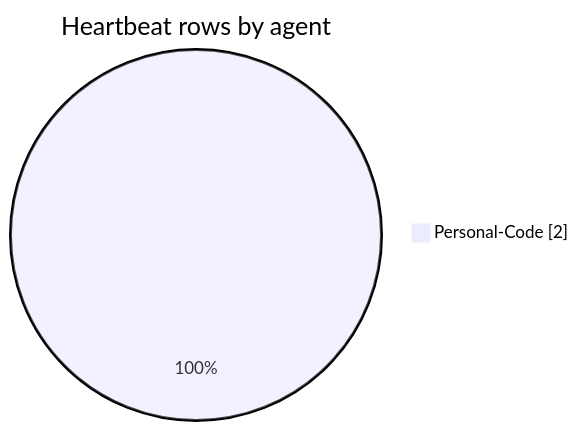
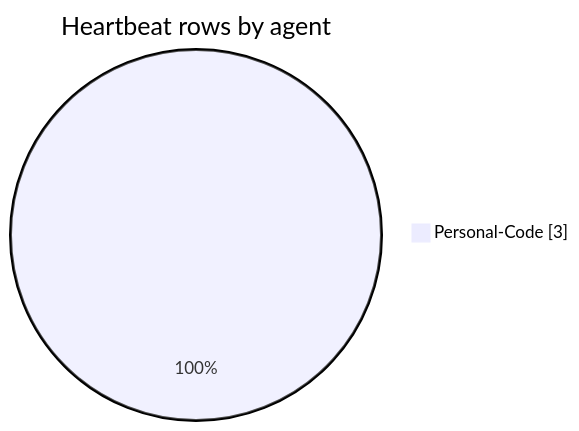
One commit to KwameNeutron/BULWARK changed the second of 4 diagrams in agent-sandbox/drive/01 Shared Memory/Heartbeat Dashboard.md. Above: the diagram before and after it, drawn with Mermaid. The commit also changed other lines of this file and 2 other files, not shown here.

````diff
--- a/agent-sandbox/drive/01 Shared Memory/Heartbeat Dashboard.md
+++ b/agent-sandbox/drive/01 Shared Memory/Heartbeat Dashboard.md
@@ -73,5 +74,5 @@
 ```mermaid
 pie showData
   title Heartbeat rows by agent
-  "Personal-Code" : 2
+  "Personal-Code" : 3
 ```
````
